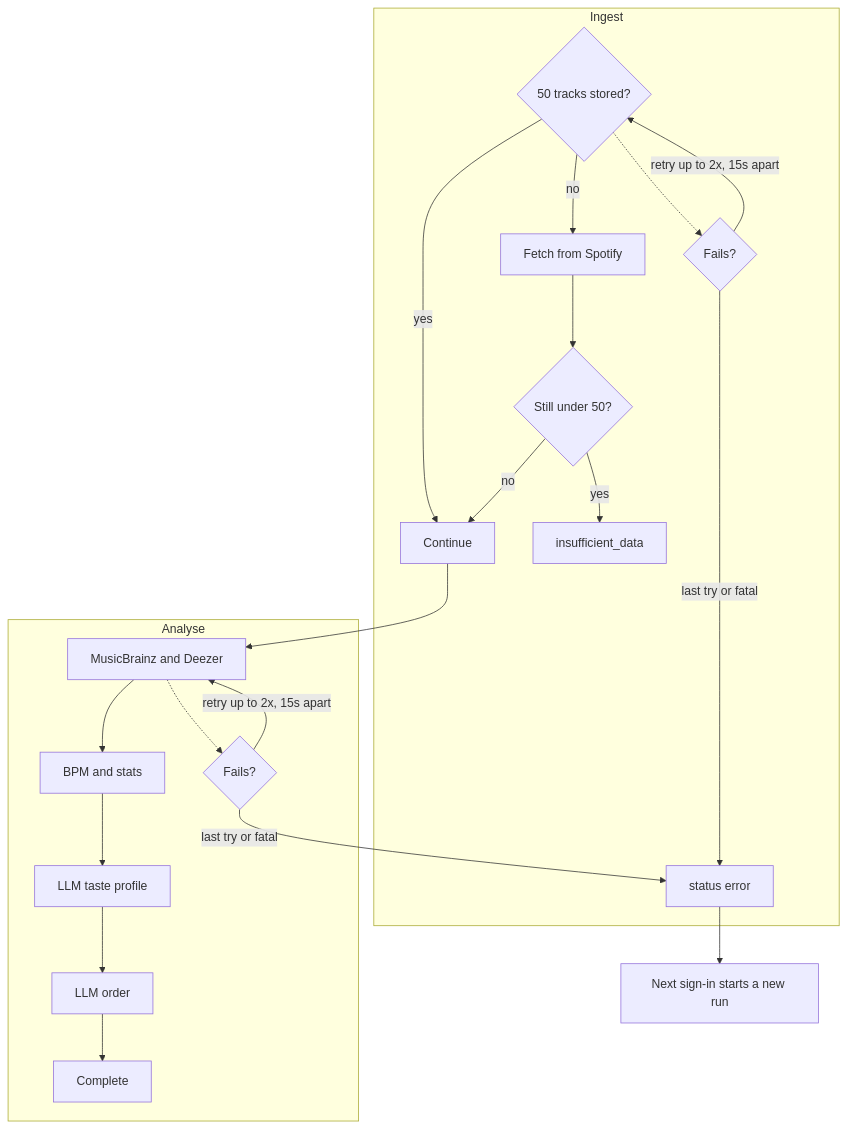
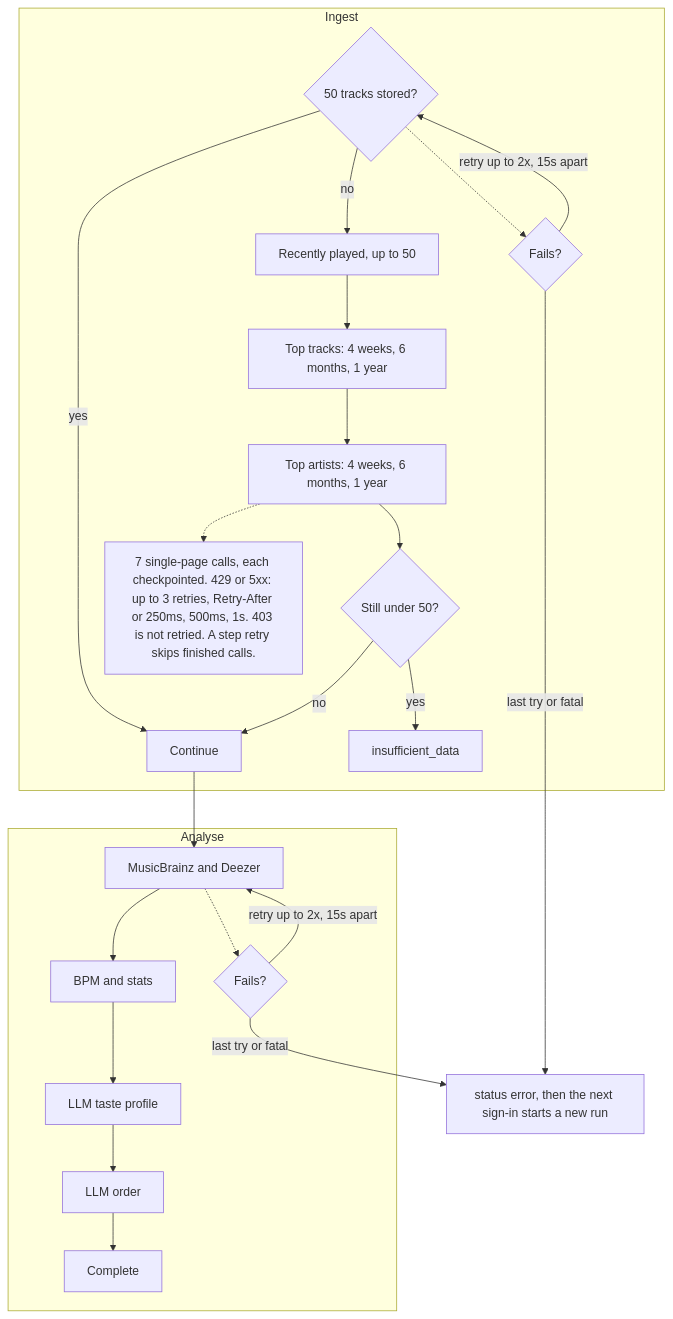
Before and after one commit to laurence-presland/spotdonalds: the diagram in docs/architecture/ingestion-workflow.mmd, drawn with Mermaid. The commit also changed 3 other files, not shown here.

First line of the commit message:
Untangle the workflow error path and name the Spotify calls.

```diff
--- a/docs/architecture/ingestion-workflow.mmd
+++ b/docs/architecture/ingestion-workflow.mmd
@@ -1,22 +1,24 @@
 flowchart TD
   subgraph ingest["Ingest"]
     count{"50 tracks stored?"} -->|yes| go["Continue"]
-    count -->|no| fetch["Fetch from Spotify"]
-    fetch --> still{"Still under 50?"}
+    count -->|no| recent["Recently played, up to 50"]
+    recent --> tracks["Top tracks: 4 weeks, 6 months, 1 year"]
+    tracks --> artists["Top artists: 4 weeks, 6 months, 1 year"]
+    artists --> still{"Still under 50?"}
     still -->|yes| short["insufficient_data"]
     still -->|no| go
     count -.-> iFail{"Fails?"}
     iFail -->|retry up to 2x, 15s apart| count
-    iFail -->|last try or fatal| err["status error"]
+    artists -.-> calls["7 single-page calls, each checkpointed. 429 or 5xx: up to 3 retries, Retry-After or 250ms, 500ms, 1s. 403 is not retried. A step retry skips finished calls."]
   end
   go --> enrich
   subgraph analyse["Analyse"]
     enrich["MusicBrainz and Deezer"] --> stats["BPM and stats"]
     stats --> profile["LLM taste profile"]
     profile --> order["LLM order"]
     order --> done["Complete"]
     enrich -.-> aFail{"Fails?"}
     aFail -->|retry up to 2x, 15s apart| enrich
-    aFail -->|last try or fatal| err
   end
-  err --> next["Next sign-in starts a new run"]
+  iFail -->|last try or fatal| err["status error, then the next sign-in starts a new run"]
+  aFail -->|last try or fatal| err
```
